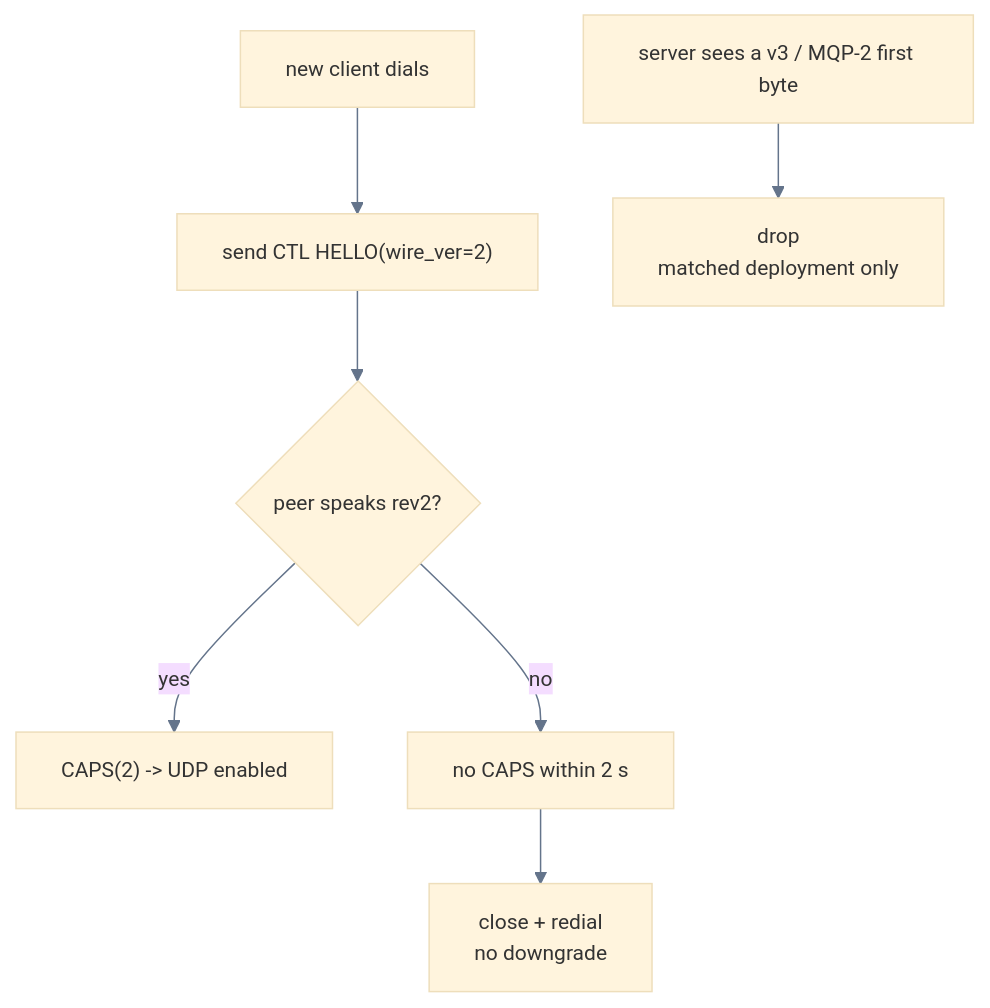
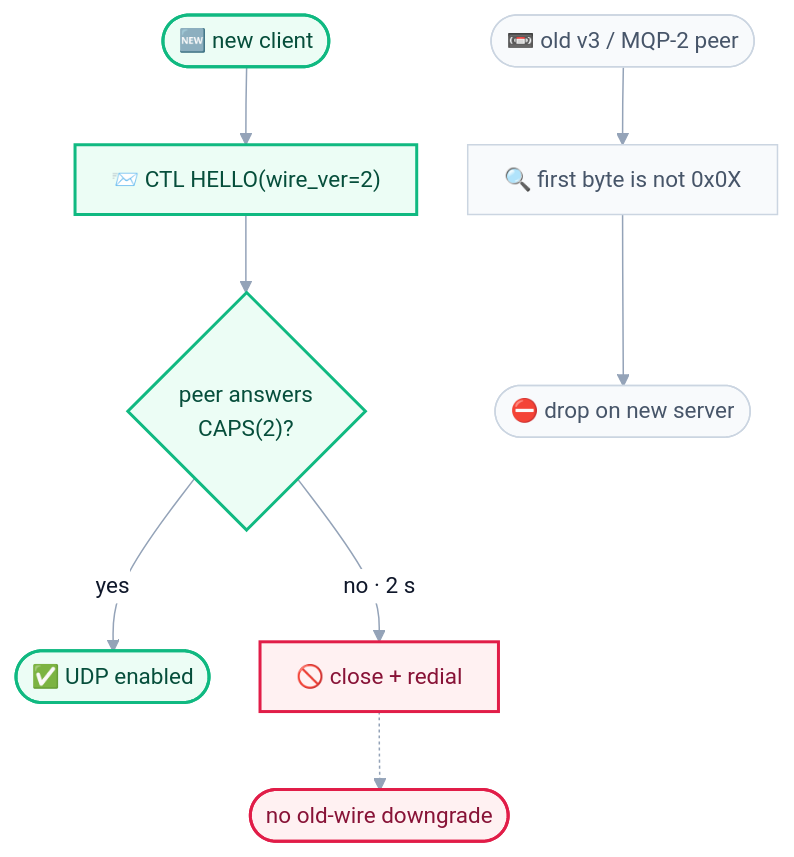
One commit to Terutoki/MyQUIC2 changed diagram 18 of 25 in README.md. Above: the diagram before and after it, drawn with Mermaid. The commit also changed other lines of this file, not shown here.

First line of the commit message:
docs(readme): redraw the Mermaid atlas with a polished visual system

````diff
--- a/README.md
+++ b/README.md
@@ -764,12 +868,23 @@
 ```mermaid
-%%{init: {"theme":"base","themeVariables":{"fontSize":"14px","lineColor":"#64748b"}}}%%
+%%{init: {"theme":"base","themeVariables":{"fontSize":"15px","primaryColor":"#eef2ff","primaryTextColor":"#0f172a","primaryBorderColor":"#6366f1","lineColor":"#94a3b8","secondaryColor":"#ecfeff","tertiaryColor":"#fff7ed","edgeLabelBackground":"#ffffff","clusterBkg":"#f8fafc","clusterBorder":"#e2e8f0","mainBkg":"#ffffff","noteBkgColor":"#eff6ff","noteBorderColor":"#93c5fd","noteTextColor":"#1e3a8a"},"flowchart":{"curve":"basis","nodeSpacing":34,"rankSpacing":52,"padding":12,"htmlLabels":true}} }%%
 flowchart TB
-A["new client dials"] --> B["send CTL HELLO(wire_ver=2)"]
-    B --> C{"peer speaks rev2?"}
-    C -->|"yes"| D["CAPS(2) -> UDP enabled"]
-    C -->|"no"| E["no CAPS within 2 s"]
-    E --> F["close + redial
-no downgrade"]
-    G["server sees a v3 / MQP-2 first byte"] --> H["drop
-matched deployment only"]
+A(["🆕 new client"]) --> B["📨 CTL HELLO(wire_ver=2)"]
+    B --> C{"peer answers<br/>CAPS(2)?"}
+    C -->|"yes"| D(["✅ UDP enabled"])
+    C -->|"no · 2 s"| E["🚫 close + redial"]
+    E -.-> F(["no old-wire downgrade"])
+    G(["📼 old v3 / MQP-2 peer"]) --> H["🔍 first byte is not 0x0X"]
+    H --> I(["⛔ drop on new server"])
+    class A,B,C,D clientC
+    class E,F dangerC
+    class G,H,I muteC
+
+    classDef clientC fill:#ecfdf5,stroke:#10b981,stroke-width:2px,color:#064e3b
+    classDef coreC fill:#eef2ff,stroke:#6366f1,stroke-width:2px,color:#1e1b4b
+    classDef wireC fill:#ecfeff,stroke:#0891b2,stroke-width:2px,color:#164e63
+    classDef warmC fill:#fff7ed,stroke:#f97316,stroke-width:2px,color:#7c2d12
+    classDef dangerC fill:#fff1f2,stroke:#e11d48,stroke-width:2px,color:#881337
+    classDef muteC fill:#f8fafc,stroke:#cbd5e1,color:#475569
+    classDef noteC fill:#f5f3ff,stroke:#8b5cf6,stroke-width:1.5px,color:#4c1d95
+    classDef decisionC fill:#fef3c7,stroke:#d97706,stroke-width:2px,color:#78350f
 ```
````
